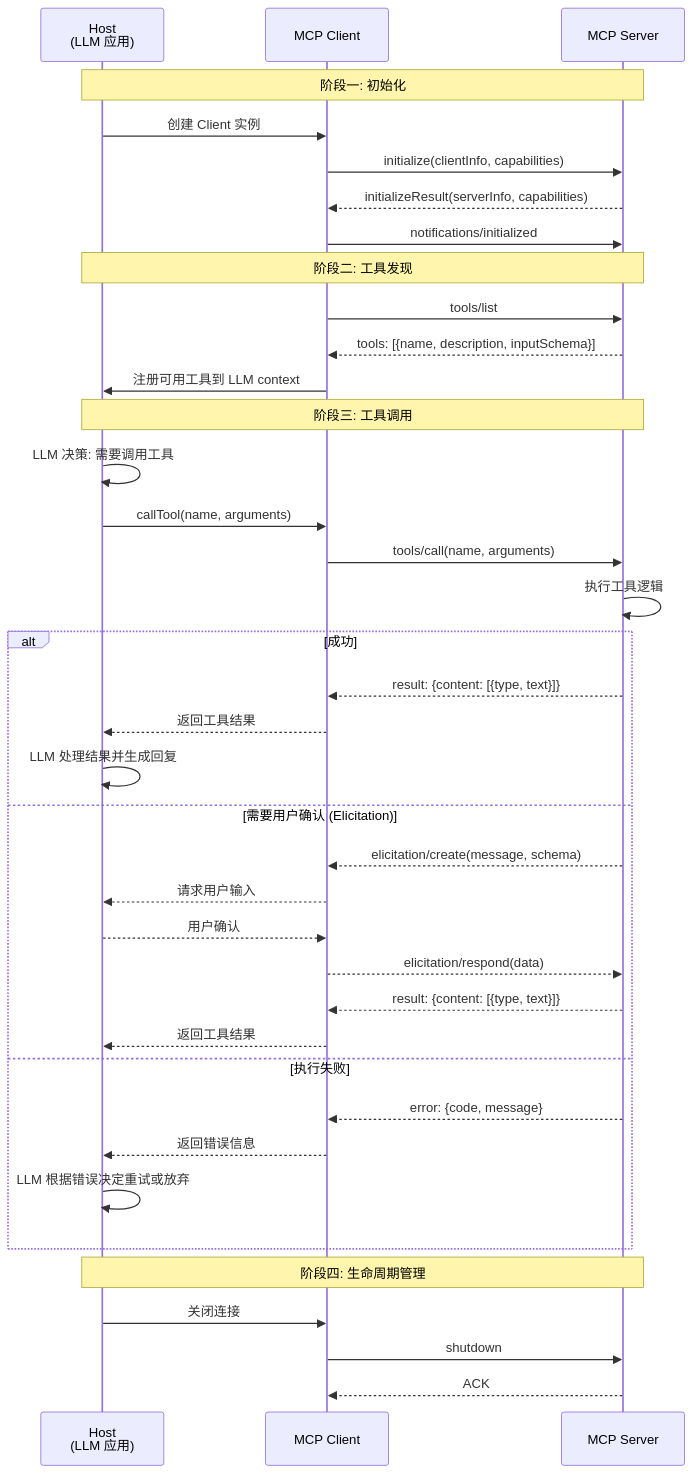
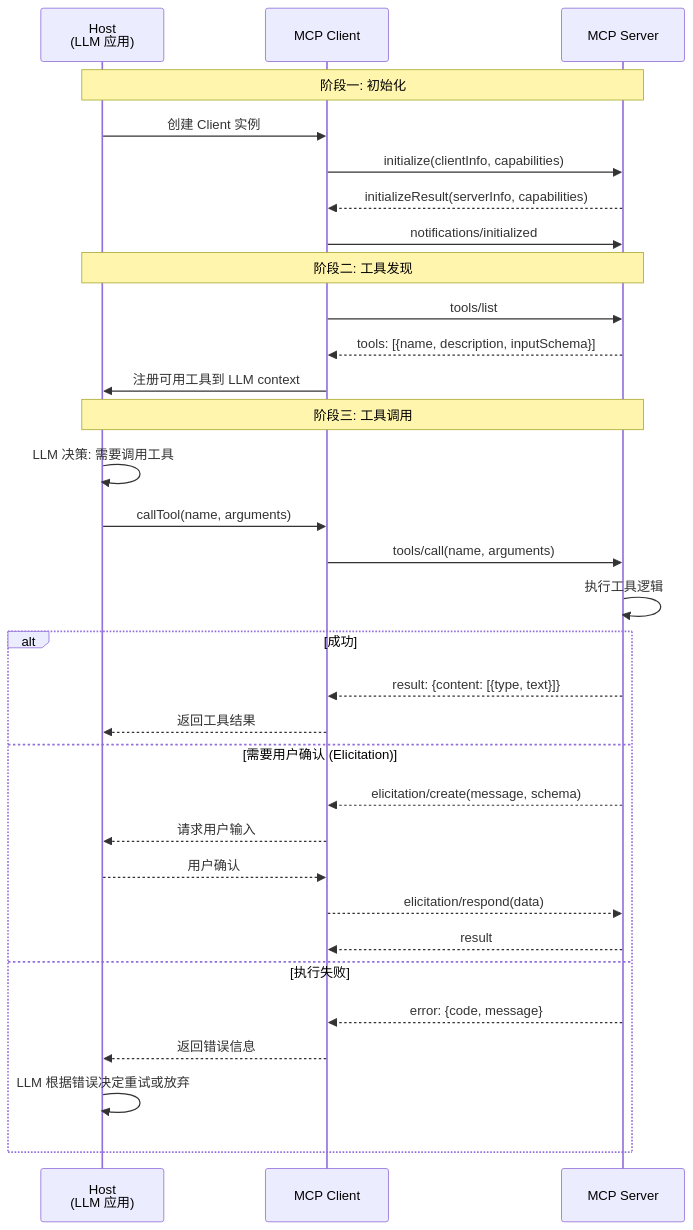
Before and after one commit to xiaoxiath/ai-agent-engineering: the seventh of 10 diagrams in chapters/part-02-core-architecture/ch06-tool-system-design.md, drawn with Mermaid. The commit also changed other lines of this file and 6 other files, not shown here.

````diff
--- a/chapters/part-02-core-architecture/ch06-tool-system-design.md
+++ b/chapters/part-02-core-architecture/ch06-tool-system-design.md
@@ -962,44 +716,37 @@
 ```mermaid
 sequenceDiagram
     participant H as Host<br/>(LLM 应用)
     participant C as MCP Client
     participant S as MCP Server
 
     Note over H,S: 阶段一: 初始化
     H->>C: 创建 Client 实例
     C->>S: initialize(clientInfo, capabilities)
     S-->>C: initializeResult(serverInfo, capabilities)
     C->>S: notifications/initialized
 
     Note over H,S: 阶段二: 工具发现
     C->>S: tools/list
     S-->>C: tools: [{name, description, inputSchema}]
     C->>H: 注册可用工具到 LLM context
 
     Note over H,S: 阶段三: 工具调用
     H->>H: LLM 决策: 需要调用工具
     H->>C: callTool(name, arguments)
     C->>S: tools/call(name, arguments)
     S->>S: 执行工具逻辑
     alt 成功
         S-->>C: result: {content: [{type, text}]}
         C-->>H: 返回工具结果
-        H->>H: LLM 处理结果并生成回复
     else 需要用户确认 (Elicitation)
         S-->>C: elicitation/create(message, schema)
         C-->>H: 请求用户输入
         H-->>C: 用户确认
         C-->>S: elicitation/respond(data)
-        S-->>C: result: {content: [{type, text}]}
-        C-->>H: 返回工具结果
+        S-->>C: result
     else 执行失败
         S-->>C: error: {code, message}
         C-->>H: 返回错误信息
         H->>H: LLM 根据错误决定重试或放弃
     end
-
-    Note over H,S: 阶段四: 生命周期管理
-    H->>C: 关闭连接
-    C->>S: shutdown
-    S-->>C: ACK
 ```
````
